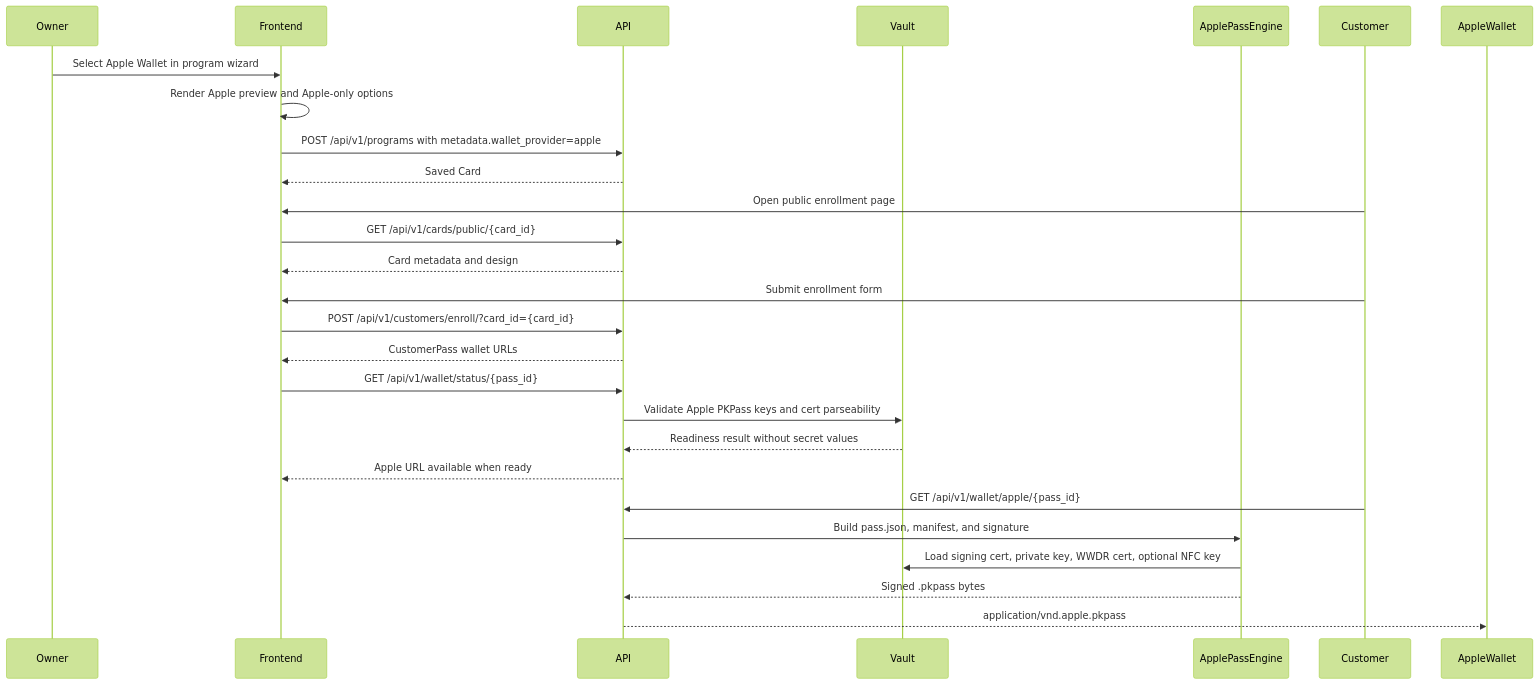
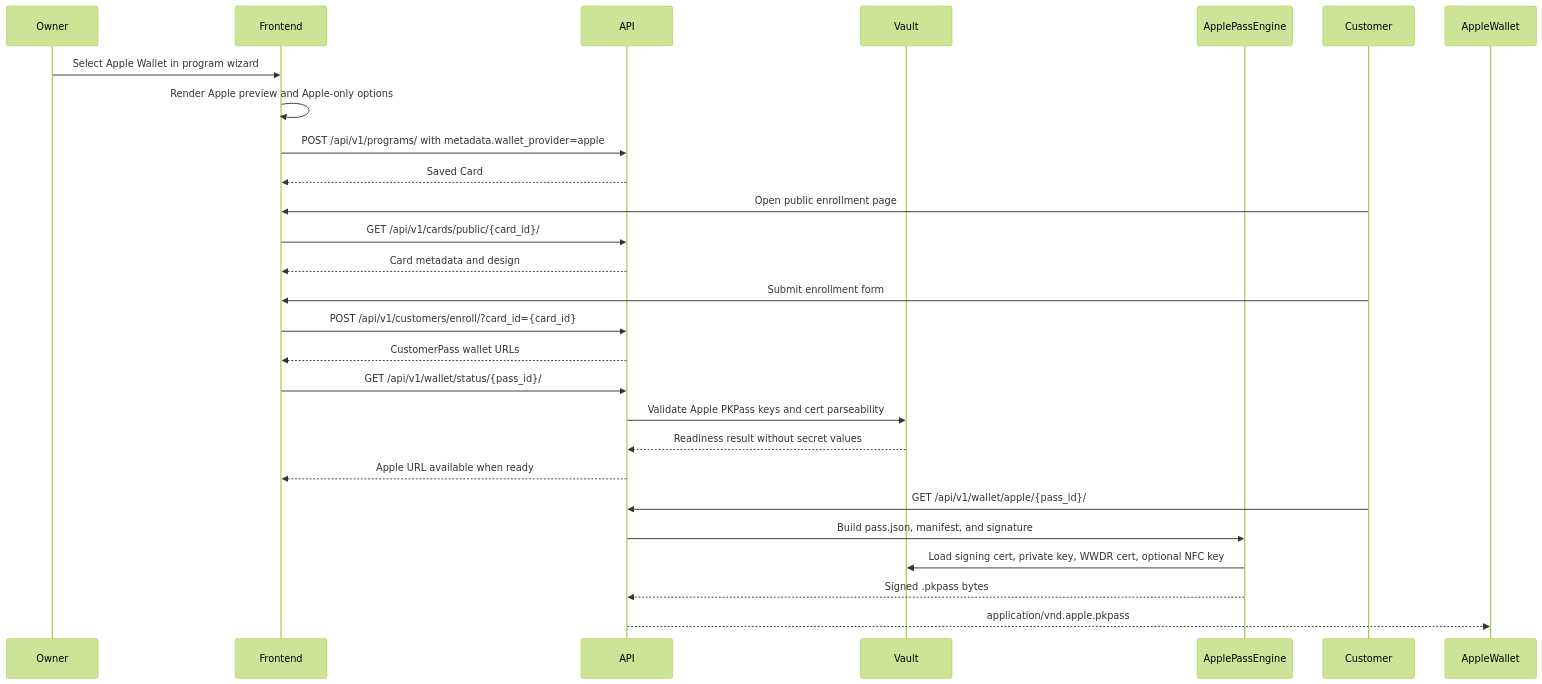
The second of 2 diagrams in docs/02-architecture/APPLE_WALLET_WEB_PKPASS_NFC.md (somatechlat/loyallia), drawn with Mermaid (forest theme) before and after one commit. The commit also changed other lines of this file and 14 other files, not shown here.

Commit message:
docs: fix architecture, onboarding, guides, and user-journey errors against code

````diff
--- a/docs/02-architecture/APPLE_WALLET_WEB_PKPASS_NFC.md
+++ b/docs/02-architecture/APPLE_WALLET_WEB_PKPASS_NFC.md
@@ -79,31 +79,31 @@
 ```mermaid
 sequenceDiagram
   participant Owner
   participant Frontend
   participant API
   participant Vault
   participant ApplePassEngine
   participant Customer
   participant AppleWallet
 
   Owner->>Frontend: Select Apple Wallet in program wizard
   Frontend->>Frontend: Render Apple preview and Apple-only options
-  Frontend->>API: POST /api/v1/programs with metadata.wallet_provider=apple
+  Frontend->>API: POST /api/v1/programs/ with metadata.wallet_provider=apple
   API-->>Frontend: Saved Card
 
   Customer->>Frontend: Open public enrollment page
-  Frontend->>API: GET /api/v1/cards/public/{card_id}
+  Frontend->>API: GET /api/v1/cards/public/{card_id}/
   API-->>Frontend: Card metadata and design
   Customer->>Frontend: Submit enrollment form
   Frontend->>API: POST /api/v1/customers/enroll/?card_id={card_id}
   API-->>Frontend: CustomerPass wallet URLs
-  Frontend->>API: GET /api/v1/wallet/status/{pass_id}
+  Frontend->>API: GET /api/v1/wallet/status/{pass_id}/
   API->>Vault: Validate Apple PKPass keys and cert parseability
   Vault-->>API: Readiness result without secret values
   API-->>Frontend: Apple URL available when ready
-  Customer->>API: GET /api/v1/wallet/apple/{pass_id}
+  Customer->>API: GET /api/v1/wallet/apple/{pass_id}/
   API->>ApplePassEngine: Build pass.json, manifest, and signature
   ApplePassEngine->>Vault: Load signing cert, private key, WWDR cert, optional NFC key
   ApplePassEngine-->>API: Signed .pkpass bytes
   API-->>AppleWallet: application/vnd.apple.pkpass
 ```
````
